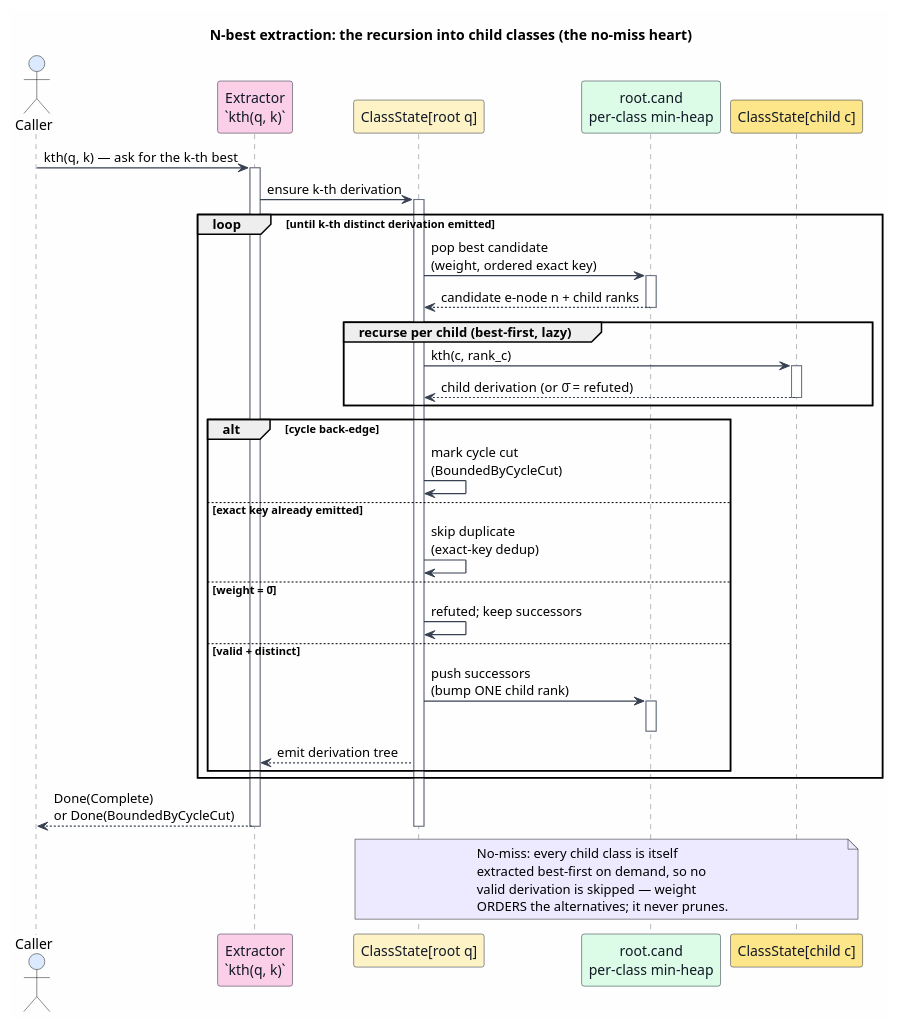
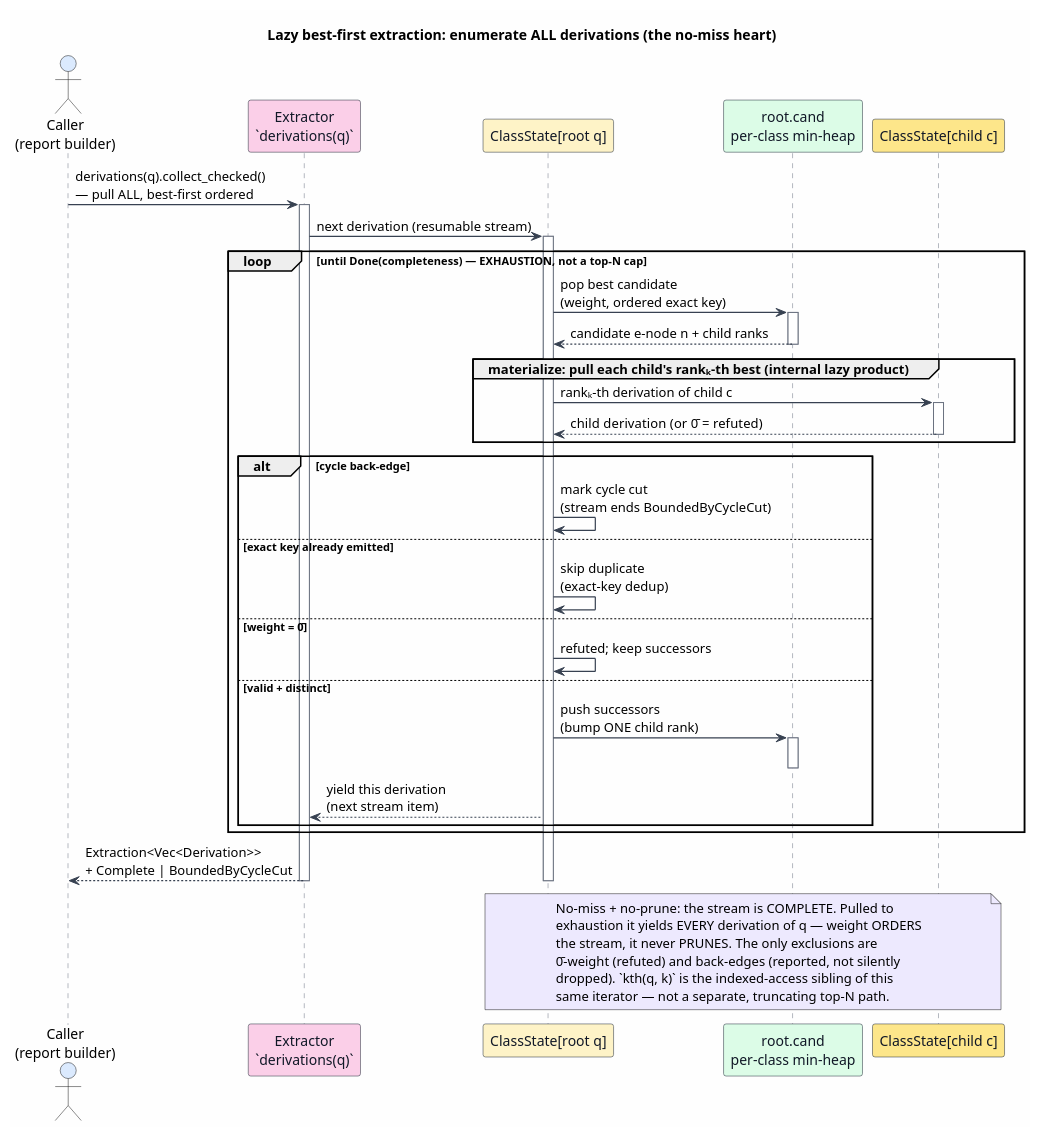
Before and after one commit to F1R3FLY-io/mettail-rust: the diagram in docs/architecture/dovetail/figures/05-extraction-sequence.puml, drawn with PlantUML. The commit also changed 5 other files, not shown here.

```diff
--- a/docs/architecture/dovetail/figures/05-extraction-sequence.puml
+++ b/docs/architecture/dovetail/figures/05-extraction-sequence.puml
@@ -1,62 +1,64 @@
 @startuml
-title N-best extraction: the recursion into child classes (the no-miss heart)
+title Lazy best-first extraction: enumerate ALL derivations (the no-miss heart)
 
 skinparam backgroundColor #FEFEFE
 skinparam shadowing false
 skinparam ArrowThickness 1.2
 skinparam sequence {
   ArrowColor #374151
   LifeLineBorderColor #6B7280
   ParticipantBorderColor #1F2937
   ParticipantFontColor #111827
 }
 
-actor "Caller" as caller #DBEAFE
-participant "Extractor\n`kth(q, k)`" as ex #FBCFE8
+actor "Caller\n(report builder)" as caller #DBEAFE
+participant "Extractor\n`derivations(q)`" as ex #FBCFE8
 participant "ClassState[root q]" as root #FEF3C7
 participant "root.cand\nper-class min-heap" as heap #DCFCE7
 participant "ClassState[child c]" as child #FDE68A
 
-caller -> ex : kth(q, k)  — ask for the k-th best
+caller -> ex : derivations(q).collect_checked()\n— pull ALL, best-first ordered
 activate ex
-ex -> root : ensure k-th derivation
+ex -> root : next derivation (resumable stream)
 activate root
 
-loop until k-th distinct derivation emitted
+loop until Done(completeness)  — EXHAUSTION, not a top-N cap
   root -> heap : pop best candidate\n(weight, ordered exact key)
   activate heap
   heap --> root : candidate e-node n + child ranks
   deactivate heap
 
-  group recurse per child (best-first, lazy)
-    root -> child : kth(c, rank_c)
+  group materialize: pull each child's rankₖ-th best (internal lazy product)
+    root -> child : rankₖ-th derivation of child c
     activate child
     child --> root : child derivation  (or 0̄ = refuted)
     deactivate child
   end
 
   alt cycle back-edge
-    root -> root : mark cycle cut\n(BoundedByCycleCut)
+    root -> root : mark cycle cut\n(stream ends BoundedByCycleCut)
   else exact key already emitted
     root -> root : skip duplicate\n(exact-key dedup)
   else weight = 0̄
     root -> root : refuted; keep successors
   else valid + distinct
     root -> heap : push successors\n(bump ONE child rank)
     activate heap
     deactivate heap
-    root --> ex : emit derivation tree
+    root --> ex : yield this derivation\n(next stream item)
   end
 end
 
-ex --> caller : Done(Complete)\nor Done(BoundedByCycleCut)
+ex --> caller : Extraction<Vec<Derivation>>\n+ Complete | BoundedByCycleCut
 deactivate root
 deactivate ex
 
 note over root, child #EDE9FE
-  No-miss: every child class is itself
-  extracted best-first on demand, so no
-  valid derivation is skipped — weight
-  ORDERS the alternatives; it never prunes.
+  No-miss + no-prune: the stream is COMPLETE. Pulled to
+  exhaustion it yields EVERY derivation of q — weight ORDERS
+  the stream, it never PRUNES. The only exclusions are
+  0̄-weight (refuted) and back-edges (reported, not silently
+  dropped). `kth(q, k)` is the indexed-access sibling of this
+  same iterator — not a separate, truncating top-N path.
 end note
 @enduml
```
